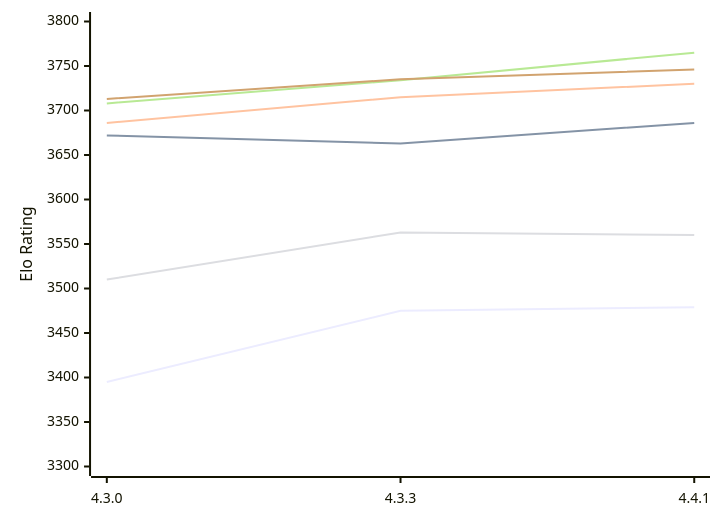
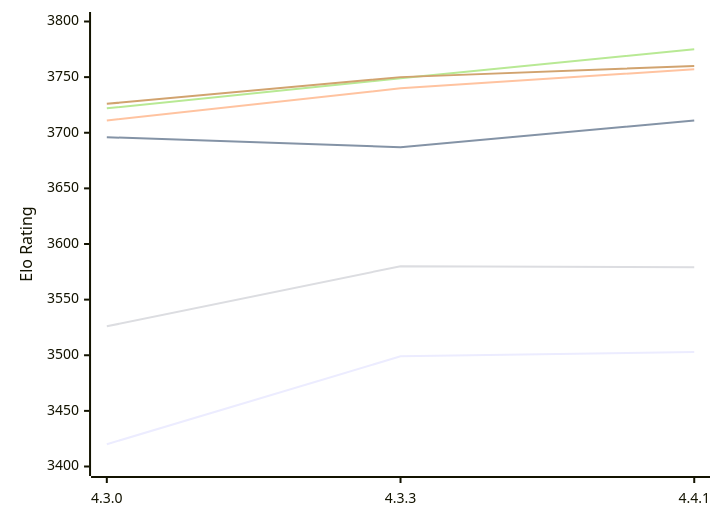
One commit to computer-chess-index/cci changed the first of 2 diagrams in engines/Gaia.md. Above: the diagram before and after it, drawn with Mermaid. The commit also changed other lines of this file, not shown here.

Commit message:
Update CCI Ratings (ELO VLTC) - 2026-10-24

````diff
--- a/engines/Gaia.md
+++ b/engines/Gaia.md
@@ -57,12 +57,12 @@
 ```mermaid
 %%{init: {"theme":"base","themeVariables":{"seriesColors:['#a3a3a3','#222221','#faa371']}}}%%
 xychart-beta
   x-axis ["4.3.0", "4.3.3", "4.4.1"]
-  y-axis "Elo Rating" 3300 --> 3800
-  line "E1: STC (8.0+0.08s)" [3395, 3475, 3479]
-  line "E1: LTC (60.0+0.60s)" [3672, 3663, 3686]
-  line "E1: VLTC (2m24s+1.12s)" [3686, 3715, 3730]
-  line "P1: STC (8.0+0.08s)" [3510, 3563, 3560]
-  line "P1: LTC (60.0+0.60s)" [3708, 3734, 3765]
-  line "P1: VLTC (2m24s+1.12s)" [3713, 3735, 3746]
+  y-axis "Elo Rating" 3400 --> 3800
+  line "E1: STC (8.0+0.08s)" [3420, 3499, 3503]
+  line "E1: LTC (60.0+0.60s)" [3696, 3687, 3711]
+  line "E1: VLTC (2m24s+1.12s)" [3711, 3740, 3757]
+  line "P1: STC (8.0+0.08s)" [3526, 3580, 3579]
+  line "P1: LTC (60.0+0.60s)" [3722, 3749, 3775]
+  line "P1: VLTC (2m24s+1.12s)" [3726, 3750, 3760]
 ```
````
